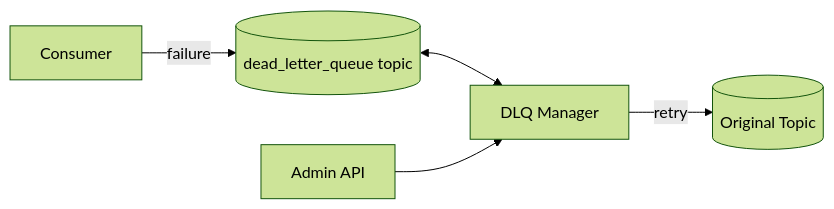
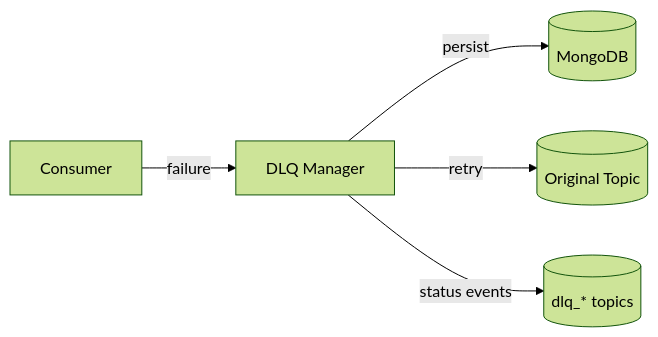
One commit to HardMax71/Integr8sCode changed the third of 3 diagrams in docs/architecture/kafka-topic-architecture.md. Above: the diagram before and after it, drawn with Mermaid (forest theme). The commit also changed other lines of this file and 3 other files, not shown here.

Commit message:
dlq: removed general dlq_events topic, added new ones for consistency with general idea

````diff
--- a/docs/architecture/kafka-topic-architecture.md
+++ b/docs/architecture/kafka-topic-architecture.md
@@ -131,7 +129,7 @@
 ```mermaid
 graph LR
-    Consumer[Consumer] -->|"failure"| DLQ[(dead_letter_queue topic)]
-    DLQ <--> Manager[DLQ Manager]
+    Consumer[Consumer] -->|"failure"| Manager[DLQ Manager]
+    Manager -->|"persist"| MongoDB[(MongoDB)]
     Manager -->|"retry"| Original[(Original Topic)]
-    Admin[Admin API] --> Manager
+    Manager -->|"status events"| Kafka[(dlq_* topics)]
 ```
````
